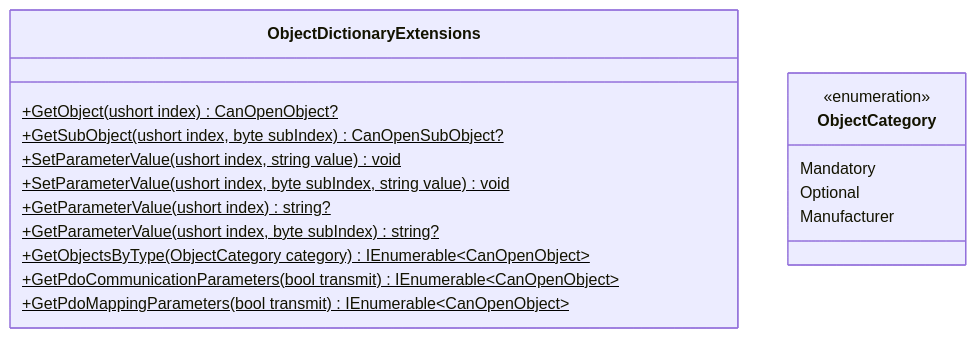
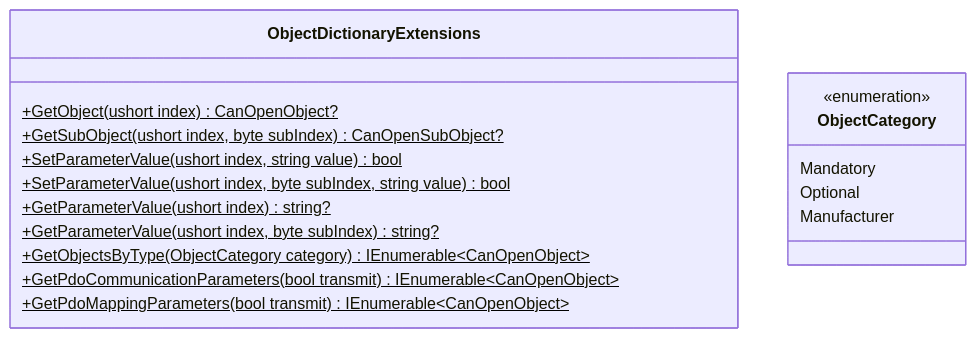
Before and after one commit to dborgards/eds-dcf-net: the seventh of 8 diagrams in docs/architecture/05-building-block-view.md, drawn with Mermaid. The commit also changed 3 other files, not shown here.

First line of the commit message:
fix: return bool from SetParameterValue instead of silently ignoring missing keys (#44)

````diff
--- a/docs/architecture/05-building-block-view.md
+++ b/docs/architecture/05-building-block-view.md
@@ -339,21 +339,21 @@
 ```mermaid
 classDiagram
     class ObjectDictionaryExtensions {
         +GetObject(ushort index) CanOpenObject?$
         +GetSubObject(ushort index, byte subIndex) CanOpenSubObject?$
-        +SetParameterValue(ushort index, string value) void$
-        +SetParameterValue(ushort index, byte subIndex, string value) void$
+        +SetParameterValue(ushort index, string value) bool$
+        +SetParameterValue(ushort index, byte subIndex, string value) bool$
         +GetParameterValue(ushort index) string?$
         +GetParameterValue(ushort index, byte subIndex) string?$
         +GetObjectsByType(ObjectCategory category) IEnumerable~CanOpenObject~$
         +GetPdoCommunicationParameters(bool transmit) IEnumerable~CanOpenObject~$
         +GetPdoMappingParameters(bool transmit) IEnumerable~CanOpenObject~$
     }
 
     class ObjectCategory {
         <<enumeration>>
         Mandatory
         Optional
         Manufacturer
     }
 ```
````
